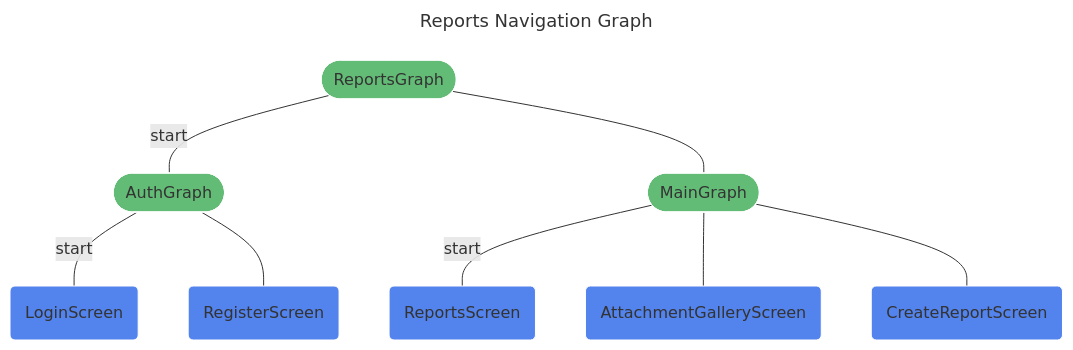
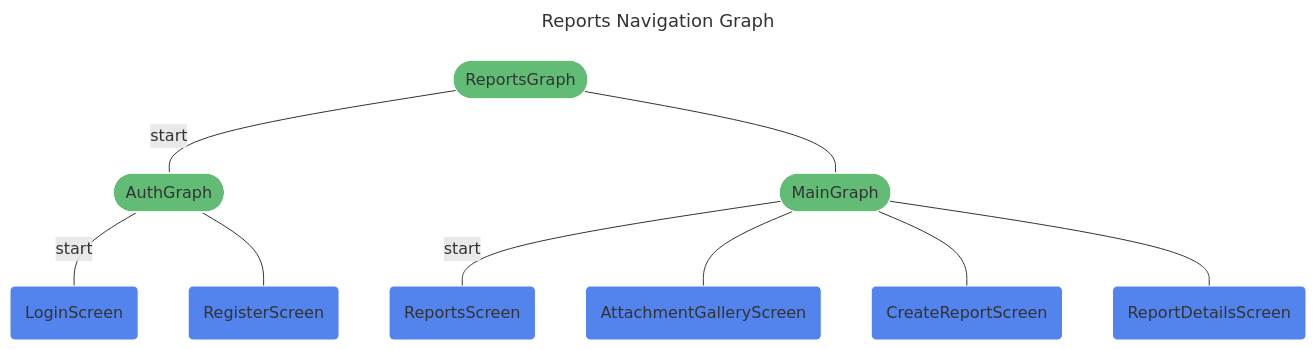
The diagram in docs/ReportsNavGraph.mmd (fmizielinski/ReportsAndroid), drawn with Mermaid before and after one commit. The commit also changed 5 other files, not shown here.

Commit message:
RA-48 Add ReportDetailsScreen

```diff
--- a/docs/ReportsNavGraph.mmd
+++ b/docs/ReportsNavGraph.mmd
@@ -1,18 +1,19 @@
 ---
 title: Reports Navigation Graph
 ---
 %%{init: {'theme':'base', 'themeVariables': { 'primaryTextColor': '#fff' }}%%
 graph TD
 reports(["ReportsGraph"]) -- "start" --- auth(["AuthGraph"])
 reports(["ReportsGraph"]) --- main(["MainGraph"])
 auth(["AuthGraph"]) -- "start" --- Login("LoginScreen")
 auth(["AuthGraph"]) --- Register("RegisterScreen")
 main(["MainGraph"]) -- "start" --- Reports("ReportsScreen")
 main(["MainGraph"]) --- AttachmentGallery("AttachmentGalleryScreen")
 main(["MainGraph"]) --- CreateReport("CreateReportScreen")
+main(["MainGraph"]) --- ReportDetails("ReportDetailsScreen")
 
 
 classDef destination fill:#5383EC,stroke:#ffffff;
-class Login,Register,AttachmentGallery,CreateReport,Reports destination;
+class Login,Register,AttachmentGallery,CreateReport,ReportDetails,Reports destination;
 classDef navgraph fill:#63BC76,stroke:#ffffff;
 class auth,main,reports,auth,main navgraph;
```
